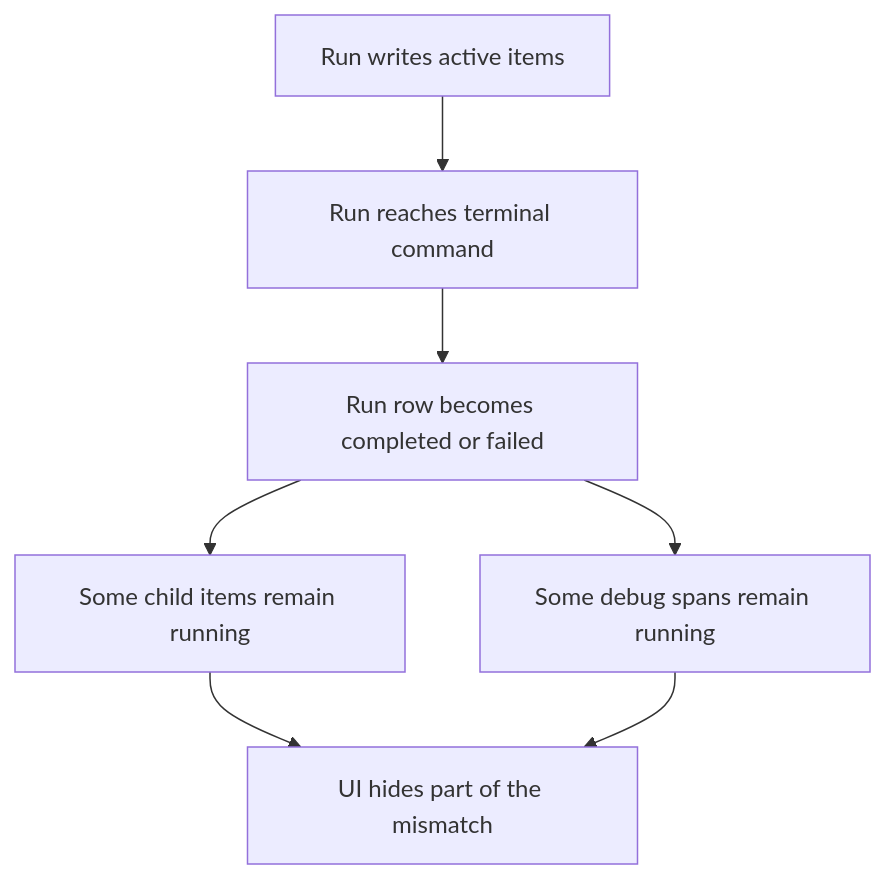
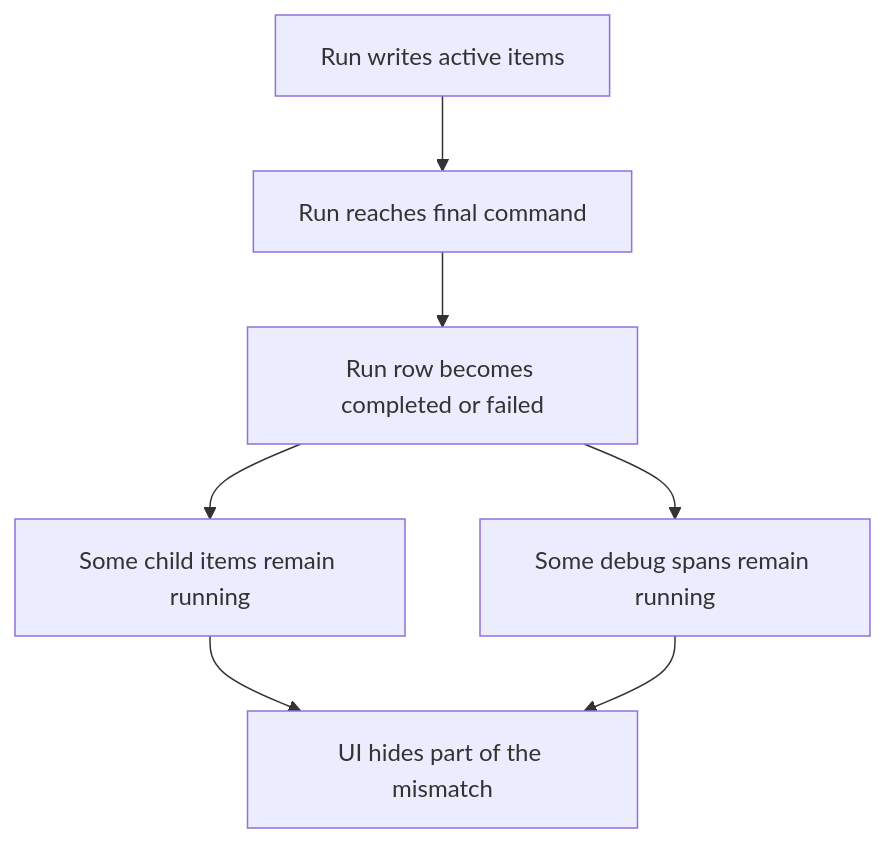
Before and after one commit to kpsuperplane/Noema: diagram 15 of 29 in docs/superpowers/plans/2026-08-08-noema-practical-reliability-roadmap.md, drawn with Mermaid. The commit also changed other lines of this file, not shown here.

Commit message:
docs: make plain code the first roadmap phase

````diff
--- a/docs/superpowers/plans/2026-08-08-noema-practical-reliability-roadmap.md
+++ b/docs/superpowers/plans/2026-08-08-noema-practical-reliability-roadmap.md
@@ -546,13 +964,13 @@
 ```mermaid
 flowchart TD
     A["Run writes active items"]
-    B["Run reaches terminal command"]
+    B["Run reaches final command"]
     C["Run row becomes completed or failed"]
     D["Some child items remain running"]
     E["Some debug spans remain running"]
     F["UI hides part of the mismatch"]
 
     A --> B --> C
     C --> D --> F
     C --> E --> F
 ```
````
